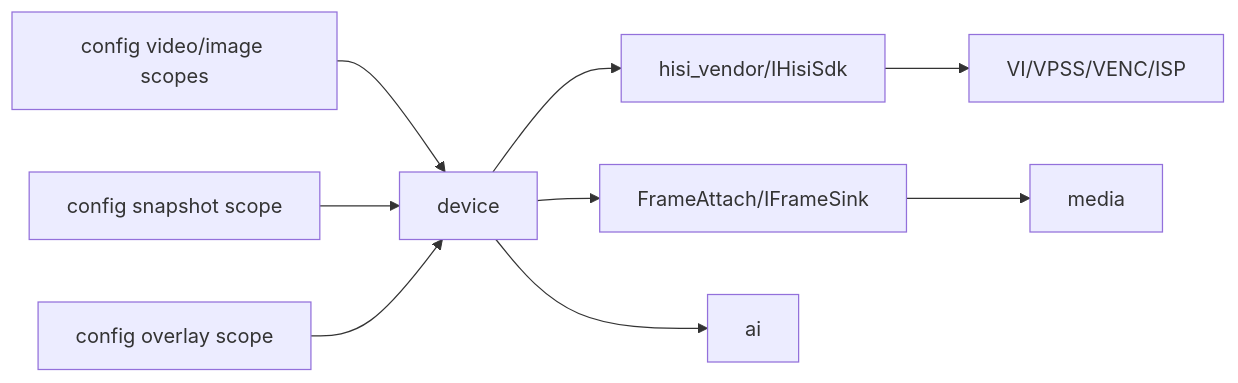
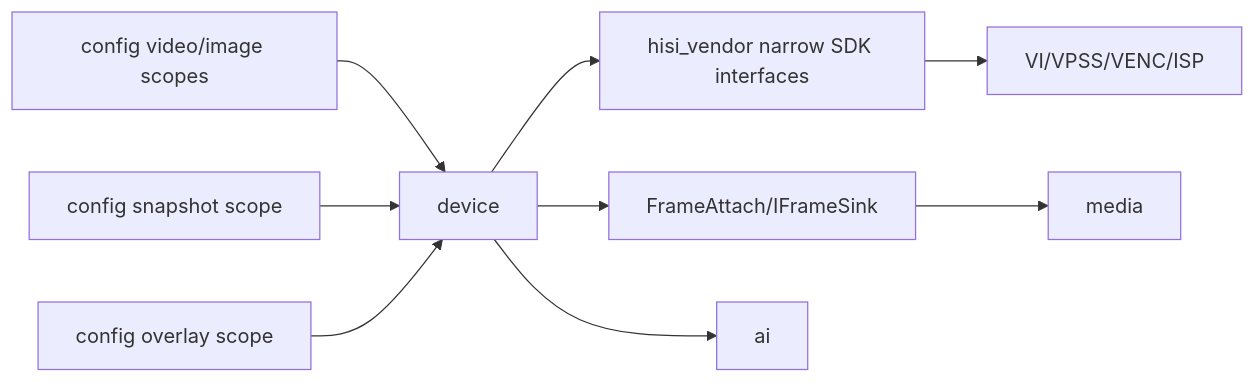
One commit to 373699756/live_stream changed the diagram in docs/libs/device.md. Above: the diagram before and after it, drawn with Mermaid. The commit also changed other lines of this file and 347 other files, not shown here.

````diff
--- a/docs/libs/device.md
+++ b/docs/libs/device.md
@@ -16,11 +16,11 @@
 ```mermaid
 flowchart LR
   Config[config video/image scopes] --> Media[device]
   SnapshotConfig[config snapshot scope] --> Media
   OverlayConfig[config overlay scope] --> Media
-  Media --> SDK[hisi_vendor/IHisiSdk]
+  Media --> SDK[hisi_vendor narrow SDK interfaces]
   SDK --> MPP[VI/VPSS/VENC/ISP]
   Media --> Frames[FrameAttach/IFrameSink]
   Frames --> MediaCore[media]
   Media --> AI[ai]
 ```
````
